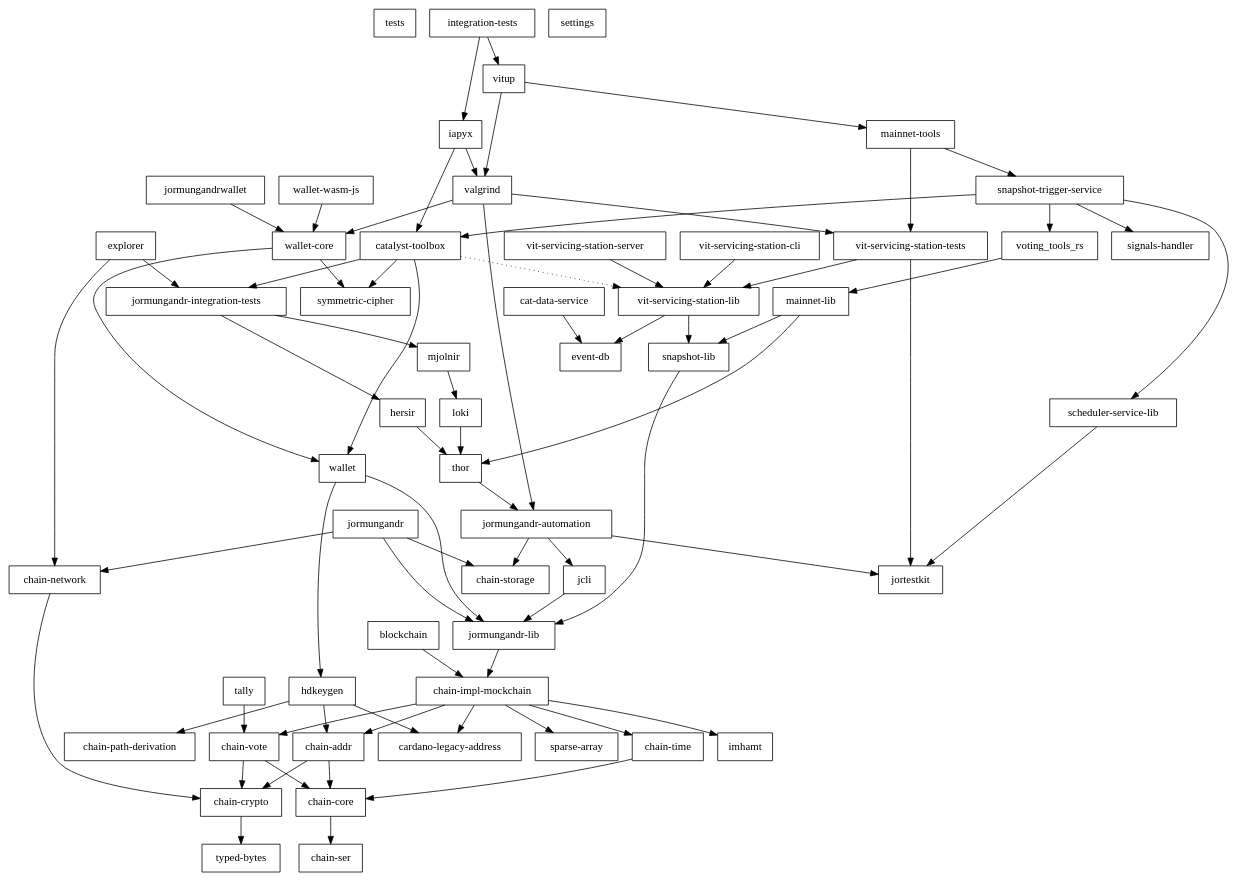
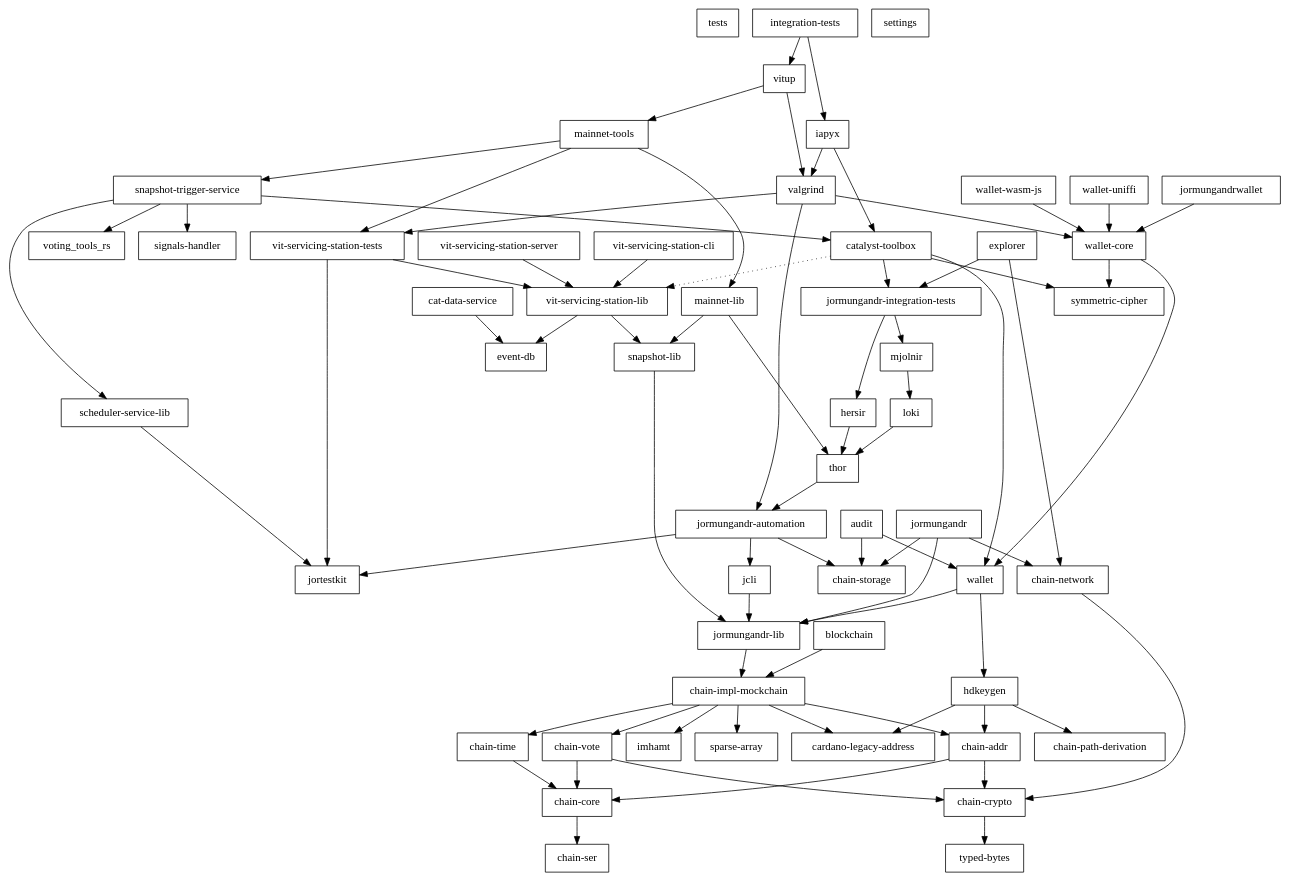
The diagram in feat/NPG6475-cat-data-service-client/06_rust_api/rust/doc/workspace.depgraph.dot (input-output-hk/catalyst-core), drawn with Graphviz before and after one commit. The commit also changed 14138 other files, not shown here.

```diff
--- a/feat/NPG6475-cat-data-service-client/06_rust_api/rust/doc/workspace.depgraph.dot
+++ b/feat/NPG6475-cat-data-service-client/06_rust_api/rust/doc/workspace.depgraph.dot
@@ -1,127 +1,130 @@
 digraph {
     0 [ label = "tests" shape = box]
     1 [ label = "catalyst-toolbox" shape = box]
     2 [ label = "chain-addr" shape = box]
     3 [ label = "chain-core" shape = box]
     4 [ label = "chain-ser" shape = box]
     5 [ label = "chain-crypto" shape = box]
     6 [ label = "typed-bytes" shape = box]
     7 [ label = "chain-impl-mockchain" shape = box]
     8 [ label = "cardano-legacy-address" shape = box]
     9 [ label = "chain-time" shape = box]
     10 [ label = "chain-vote" shape = box]
     11 [ label = "imhamt" shape = box]
     12 [ label = "sparse-array" shape = box]
     13 [ label = "chain-storage" shape = box]
     14 [ label = "jcli" shape = box]
     15 [ label = "jormungandr-lib" shape = box]
     16 [ label = "jormungandr-automation" shape = box]
     17 [ label = "jortestkit" shape = box]
     18 [ label = "jormungandr-integration-tests" shape = box]
     19 [ label = "hersir" shape = box]
     20 [ label = "thor" shape = box]
     21 [ label = "loki" shape = box]
     22 [ label = "mjolnir" shape = box]
     23 [ label = "snapshot-lib" shape = box]
     24 [ label = "symmetric-cipher" shape = box]
     25 [ label = "vit-servicing-station-lib" shape = box]
     26 [ label = "event-db" shape = box]
     27 [ label = "vit-servicing-station-tests" shape = box]
     28 [ label = "wallet" shape = box]
     29 [ label = "chain-path-derivation" shape = box]
     30 [ label = "hdkeygen" shape = box]
     31 [ label = "chain-network" shape = box]
     32 [ label = "jormungandrwallet" shape = box]
     33 [ label = "wallet-core" shape = box]
     34 [ label = "wallet-wasm-js" shape = box]
-    35 [ label = "jormungandr" shape = box]
-    36 [ label = "explorer" shape = box]
-    37 [ label = "settings" shape = box]
-    38 [ label = "blockchain" shape = box]
-    39 [ label = "vit-servicing-station-cli" shape = box]
-    40 [ label = "vit-servicing-station-server" shape = box]
-    41 [ label = "iapyx" shape = box]
-    42 [ label = "valgrind" shape = box]
-    43 [ label = "vitup" shape = box]
-    44 [ label = "mainnet-lib" shape = box]
-    45 [ label = "mainnet-tools" shape = box]
-    46 [ label = "scheduler-service-lib" shape = box]
-    47 [ label = "signals-handler" shape = box]
-    48 [ label = "snapshot-trigger-service" shape = box]
-    49 [ label = "voting_tools_rs" shape = box]
-    50 [ label = "integration-tests" shape = box]
-    51 [ label = "cat-data-service" shape = box]
-    52 [ label = "tally" shape = box]
+    35 [ label = "wallet-uniffi" shape = box]
+    36 [ label = "jormungandr" shape = box]
+    37 [ label = "explorer" shape = box]
+    38 [ label = "settings" shape = box]
+    39 [ label = "blockchain" shape = box]
+    40 [ label = "vit-servicing-station-cli" shape = box]
+    41 [ label = "vit-servicing-station-server" shape = box]
+    42 [ label = "iapyx" shape = box]
+    43 [ label = "valgrind" shape = box]
+    44 [ label = "vitup" shape = box]
+    45 [ label = "mainnet-lib" shape = box]
+    46 [ label = "mainnet-tools" shape = box]
+    47 [ label = "scheduler-service-lib" shape = box]
+    48 [ label = "signals-handler" shape = box]
+    49 [ label = "snapshot-trigger-service" shape = box]
+    50 [ label = "voting_tools_rs" shape = box]
+    51 [ label = "integration-tests" shape = box]
+    52 [ label = "cat-data-service" shape = box]
+    53 [ label = "audit" shape = box]
     1 -> 18 [ ]
     1 -> 24 [ ]
     1 -> 25 [ style = dotted]
     1 -> 28 [ ]
     2 -> 3 [ ]
     2 -> 5 [ ]
     3 -> 4 [ ]
     5 -> 6 [ ]
     7 -> 8 [ ]
     7 -> 2 [ ]
     7 -> 9 [ ]
     7 -> 10 [ ]
     7 -> 11 [ ]
     7 -> 12 [ ]
     9 -> 3 [ ]
     10 -> 3 [ ]
     10 -> 5 [ ]
     14 -> 15 [ ]
     15 -> 7 [ ]
     16 -> 13 [ ]
     16 -> 14 [ ]
     16 -> 17 [ ]
     18 -> 19 [ ]
     18 -> 22 [ ]
     19 -> 20 [ ]
     20 -> 16 [ ]
     21 -> 20 [ ]
     22 -> 21 [ ]
     23 -> 15 [ ]
     25 -> 26 [ ]
     25 -> 23 [ ]
     27 -> 17 [ ]
     27 -> 25 [ ]
     28 -> 30 [ ]
     28 -> 15 [ ]
     30 -> 8 [ ]
     30 -> 2 [ ]
     30 -> 29 [ ]
     31 -> 5 [ ]
     32 -> 33 [ ]
     33 -> 24 [ ]
     33 -> 28 [ ]
     34 -> 33 [ ]
-    35 -> 31 [ ]
-    35 -> 13 [ ]
-    35 -> 15 [ ]
+    35 -> 33 [ ]
     36 -> 31 [ ]
-    36 -> 18 [ ]
-    38 -> 7 [ ]
-    39 -> 25 [ ]
+    36 -> 13 [ ]
+    36 -> 15 [ ]
+    37 -> 31 [ ]
+    37 -> 18 [ ]
+    39 -> 7 [ ]
     40 -> 25 [ ]
-    41 -> 1 [ ]
-    41 -> 42 [ ]
-    42 -> 16 [ ]
-    42 -> 27 [ ]
-    42 -> 33 [ ]
-    43 -> 45 [ ]
-    43 -> 42 [ ]
-    44 -> 23 [ ]
-    44 -> 20 [ ]
-    45 -> 48 [ ]
-    45 -> 27 [ ]
-    46 -> 17 [ ]
-    48 -> 1 [ ]
-    48 -> 46 [ ]
-    48 -> 47 [ ]
-    48 -> 49 [ ]
-    49 -> 44 [ ]
-    50 -> 41 [ ]
-    50 -> 43 [ ]
-    51 -> 26 [ ]
-    52 -> 10 [ ]
+    41 -> 25 [ ]
+    42 -> 1 [ ]
+    42 -> 43 [ ]
+    43 -> 16 [ ]
+    43 -> 27 [ ]
+    43 -> 33 [ ]
+    44 -> 46 [ ]
+    44 -> 43 [ ]
+    45 -> 23 [ ]
+    45 -> 20 [ ]
+    46 -> 45 [ ]
+    46 -> 49 [ ]
+    46 -> 27 [ ]
+    47 -> 17 [ ]
+    49 -> 1 [ ]
+    49 -> 47 [ ]
+    49 -> 48 [ ]
+    49 -> 50 [ ]
+    51 -> 42 [ ]
+    51 -> 44 [ ]
+    52 -> 26 [ ]
+    53 -> 13 [ ]
+    53 -> 28 [ ]
 }
```
